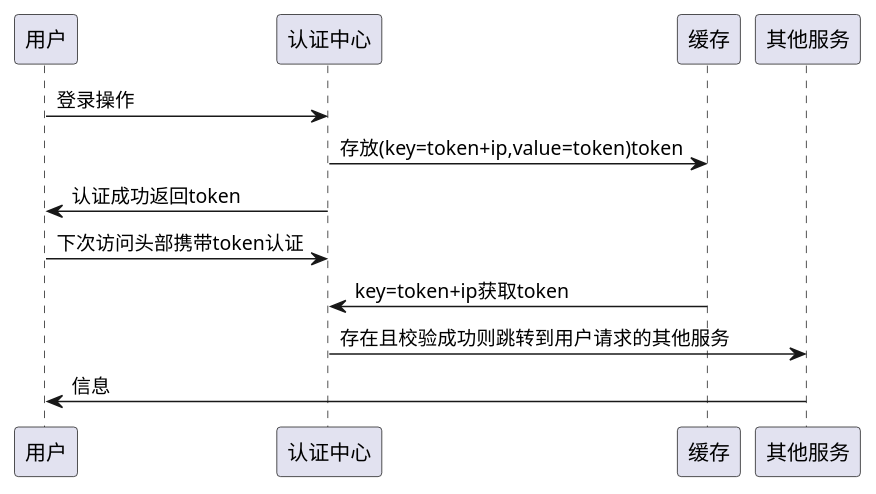
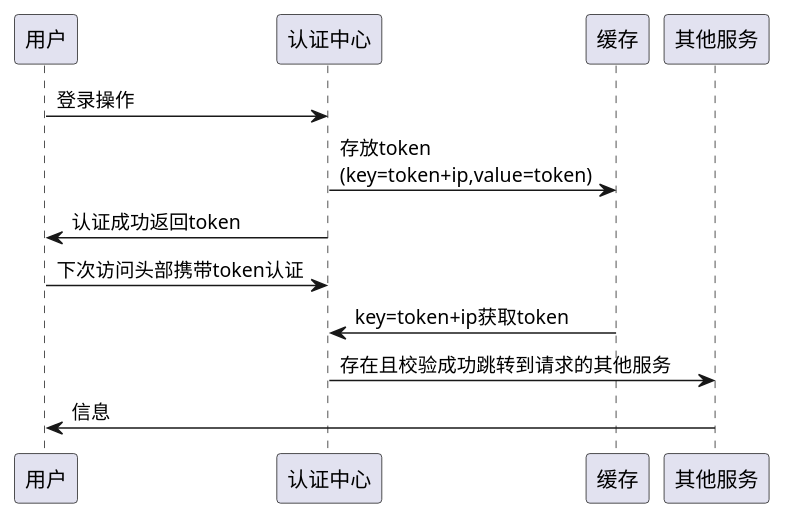
Before and after one commit to guobin211/design-patterns: the diagram in _static/UserCenter.puml, drawn with PlantUML. The commit also changed 5 other files, not shown here.

```diff
--- a/_static/UserCenter.puml
+++ b/_static/UserCenter.puml
@@ -1,10 +1,10 @@
 @startuml
 用户 -> 认证中心: 登录操作
-认证中心 -> 缓存: 存放(key=token+ip,value=token)token
+认证中心 -> 缓存: 存放token\n(key=token+ip,value=token)
 
 用户 <- 认证中心 : 认证成功返回token
 用户 -> 认证中心: 下次访问头部携带token认证
 认证中心 <- 缓存: key=token+ip获取token
-其他服务 <- 认证中心: 存在且校验成功则跳转到用户请求的其他服务
+其他服务 <- 认证中心: 存在且校验成功跳转到请求的其他服务
 其他服务 -> 用户: 信息
 @enduml
```
